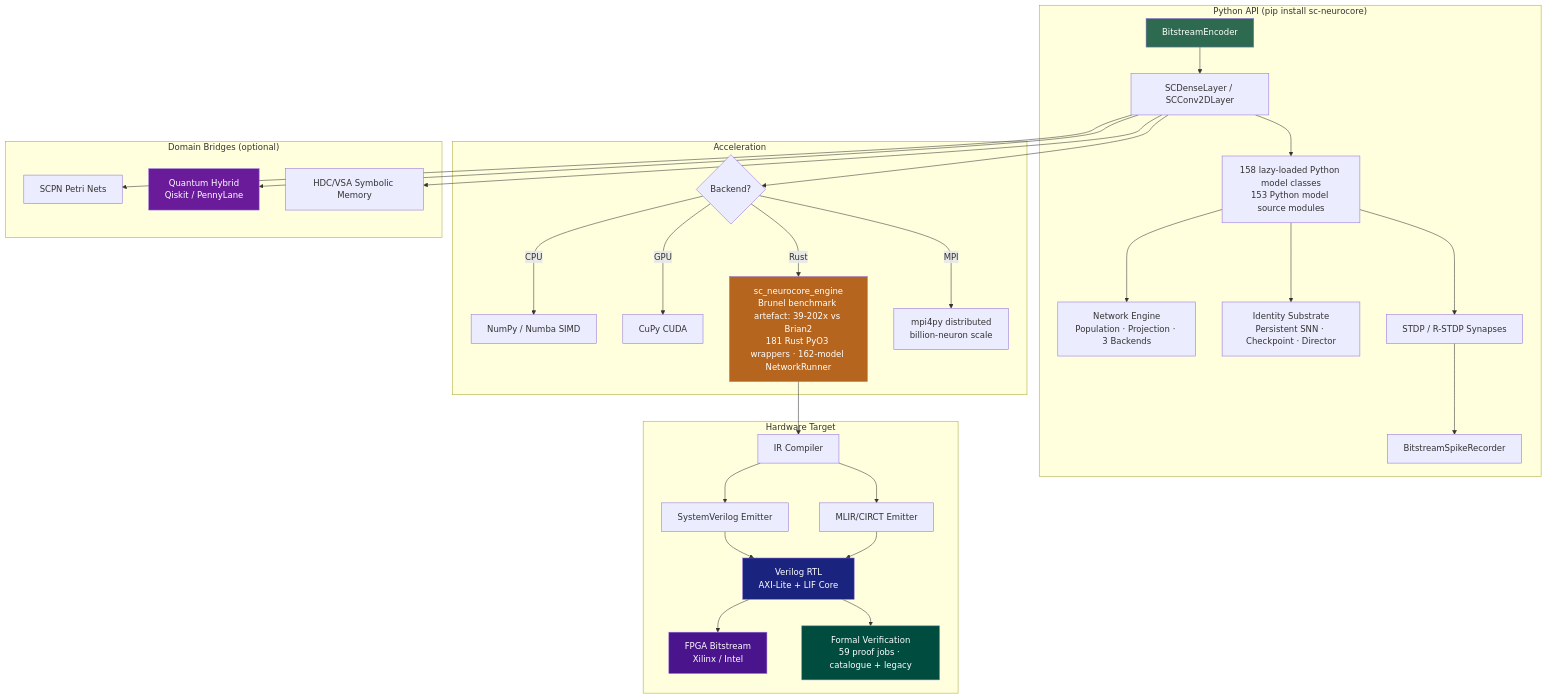
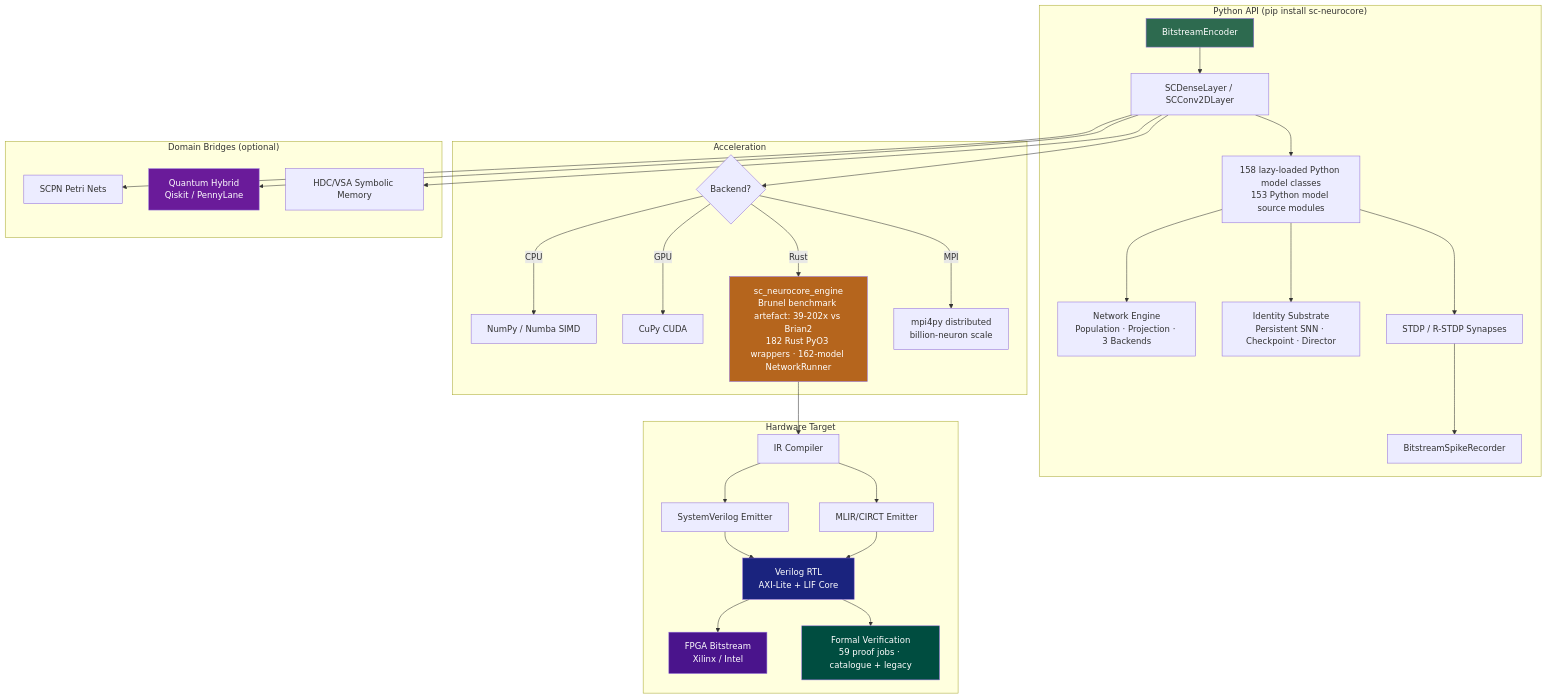
One commit to anulum/sc-neurocore changed the diagram in README.md. Above: the diagram before and after it, drawn with Mermaid. The commit also changed other lines of this file and 13 other files, not shown here.

````diff
--- a/README.md
+++ b/README.md
@@ -365,42 +365,42 @@
 ```mermaid
 graph TD
     subgraph "Python API (pip install sc-neurocore)"
         A[BitstreamEncoder] --> B[SCDenseLayer / SCConv2DLayer]
         B --> C[158 lazy-loaded Python model classes<br/>153 Python model source modules]
         C --> NET[Network Engine<br/>Population · Projection · 3 Backends]
         C --> ID[Identity Substrate<br/>Persistent SNN · Checkpoint · Director]
         C --> D[STDP / R-STDP Synapses]
         D --> E[BitstreamSpikeRecorder]
     end
 
     subgraph "Acceleration"
         B --> F{Backend?}
         F -->|CPU| G[NumPy / Numba SIMD]
         F -->|GPU| H[CuPy CUDA]
-        F -->|Rust| I[sc_neurocore_engine<br/>Brunel benchmark artefact: 39-202x vs Brian2<br/>181 Rust PyO3 wrappers · 162-model NetworkRunner]
+        F -->|Rust| I[sc_neurocore_engine<br/>Brunel benchmark artefact: 39-202x vs Brian2<br/>182 Rust PyO3 wrappers · 162-model NetworkRunner]
         F -->|MPI| MPI[mpi4py distributed<br/>billion-neuron scale]
     end
 
     subgraph "Hardware Target"
         I --> J[IR Compiler]
         J --> K[SystemVerilog Emitter]
         J --> K2[MLIR/CIRCT Emitter]
         K --> L[Verilog RTL<br/>AXI-Lite + LIF Core]
         K2 --> L
         L --> M[FPGA Bitstream<br/>Xilinx / Intel]
         L --> V[Formal Verification<br/>59 proof jobs · catalogue + legacy]
     end
 
     subgraph "Domain Bridges (optional)"
         B --> N[SCPN Petri Nets]
         B --> O[Quantum Hybrid<br/>Qiskit / PennyLane]
         B --> P[HDC/VSA Symbolic Memory]
     end
 
     style A fill:#2d6a4f,color:#fff
     style I fill:#b5651d,color:#fff
     style L fill:#1a237e,color:#fff
     style M fill:#4a148c,color:#fff
     style O fill:#6a1b9a,color:#fff
     style V fill:#004d40,color:#fff
 ```
````
